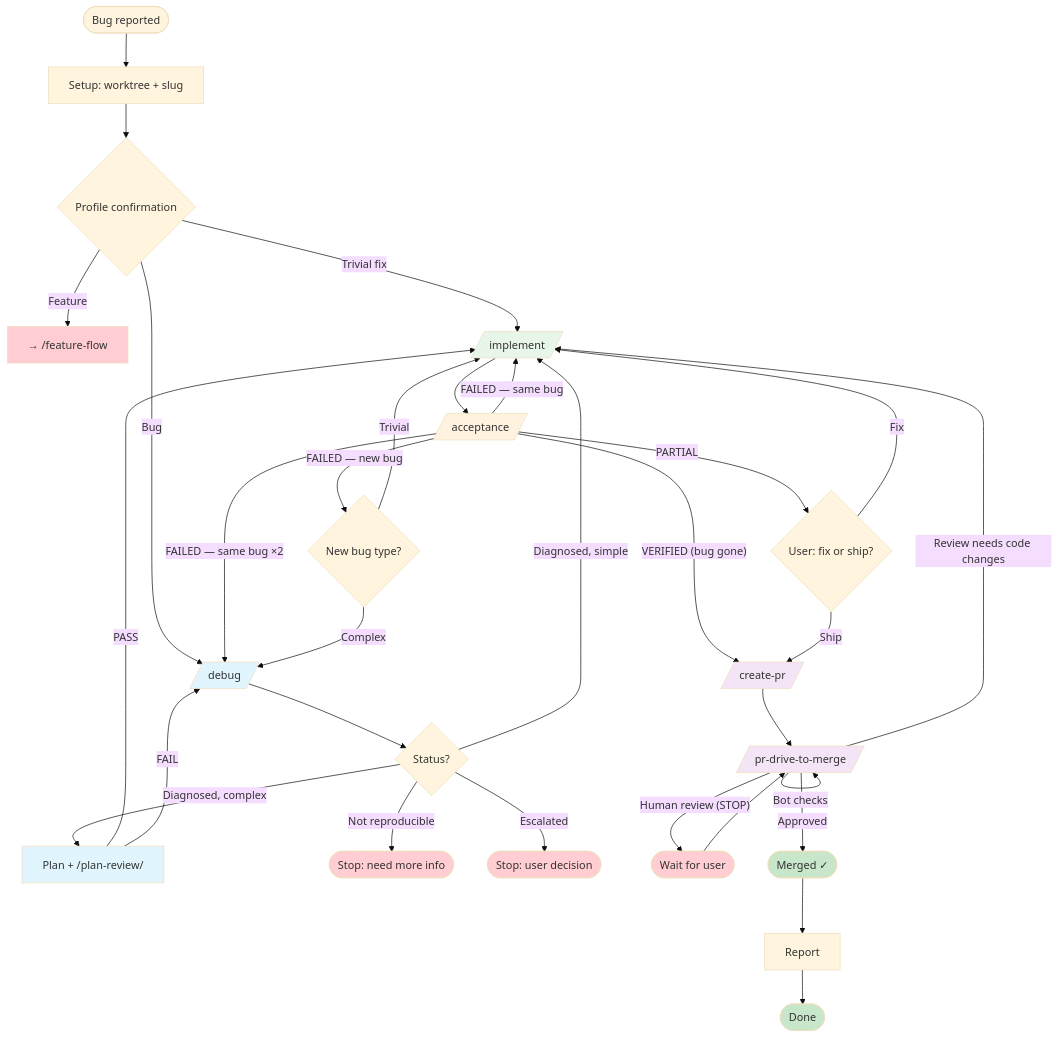
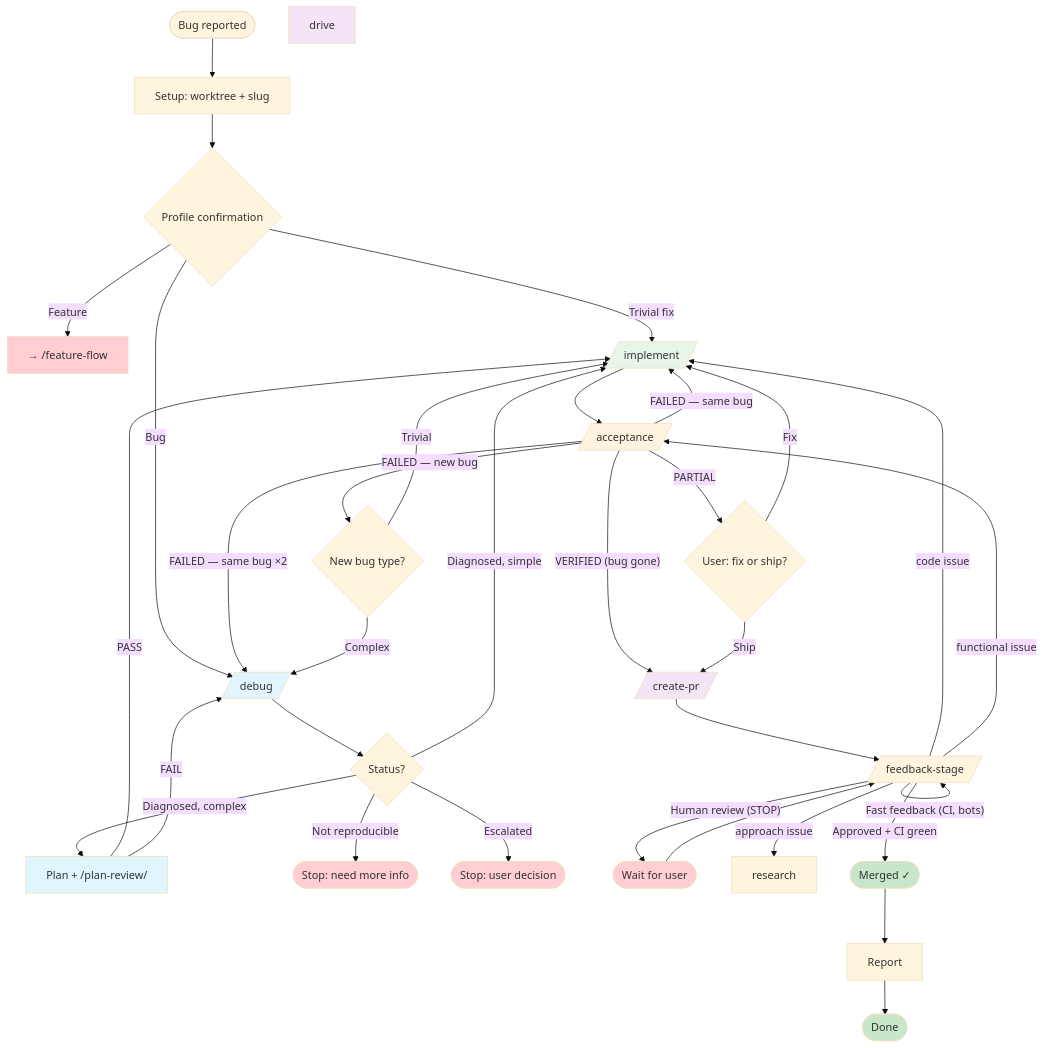
The second of 2 diagrams in plugins/developer-workflow/docs/ORCHESTRATORS.md (kirich1409/krozov-ai-tools), drawn with Mermaid (base theme) before and after one commit. The commit also changed other lines of this file and 7 other files, not shown here.

First line of the commit message:
feat(developer-workflow): remove pr-drive-to-merge, clarify feedback-stage scope

````diff
--- a/plugins/developer-workflow/docs/ORCHESTRATORS.md
+++ b/plugins/developer-workflow/docs/ORCHESTRATORS.md
@@ -93,54 +95,56 @@
 ```mermaid
 flowchart TD
     start([Bug reported]) --> setup[Setup: worktree + slug]
     setup --> confirm{Profile confirmation}
     confirm -->|Feature| redirect_feat[→ /feature-flow]
     confirm -->|Trivial fix| impl
     confirm -->|Bug| debug
 
     debug[/debug/] --> debug_result{Status?}
     debug_result -->|Diagnosed, simple| impl
     debug_result -->|Diagnosed, complex| plan[Plan + /plan-review/]
     debug_result -->|Not reproducible| stop_nr([Stop: need more info])
     debug_result -->|Escalated| stop_esc([Stop: user decision])
 
     plan -->|PASS| impl
     plan -->|FAIL| debug
 
     impl[/implement/] --> acceptance[/acceptance/]
 
     acceptance -->|"VERIFIED (bug gone)"| create_pr
     acceptance -->|"FAILED — same bug"| impl
     acceptance -->|"FAILED — same bug ×2"| debug
     acceptance -->|"FAILED — new bug"| route_new{New bug type?}
     acceptance -->|PARTIAL| user_decision{User: fix or ship?}
 
     route_new -->|Trivial| impl
     route_new -->|Complex| debug
 
     user_decision -->|Fix| impl
     user_decision -->|Ship| create_pr
 
-    create_pr[/create-pr/] --> drive[/pr-drive-to-merge/]
-    drive -->|Bot checks| drive
-    drive -->|"Human review (STOP)"| wait_review([Wait for user])
-    wait_review --> drive
-    drive -->|Review needs code changes| impl
-    drive -->|Approved| merge([Merged ✓])
+    create_pr[/create-pr/] --> feedback[/feedback-stage/]
+    feedback -->|"Fast feedback (CI, bots)"| feedback
+    feedback -->|"Human review (STOP)"| wait_review([Wait for user])
+    wait_review --> feedback
+    feedback -->|code issue| impl
+    feedback -->|approach issue| research
+    feedback -->|functional issue| acceptance
+    feedback -->|Approved + CI green| merge([Merged ✓])
 
     report[Report] --> done([Done])
     merge --> report
 
     style debug fill:#e1f5fe
     style plan fill:#e1f5fe
     style impl fill:#e8f5e9
     style acceptance fill:#fff3e0
     style create_pr fill:#f3e5f5
     style drive fill:#f3e5f5
     style wait_review fill:#ffcdd2
     style stop_nr fill:#ffcdd2
     style stop_esc fill:#ffcdd2
     style merge fill:#c8e6c9
     style done fill:#c8e6c9
     style redirect_feat fill:#ffcdd2
 ```
````
